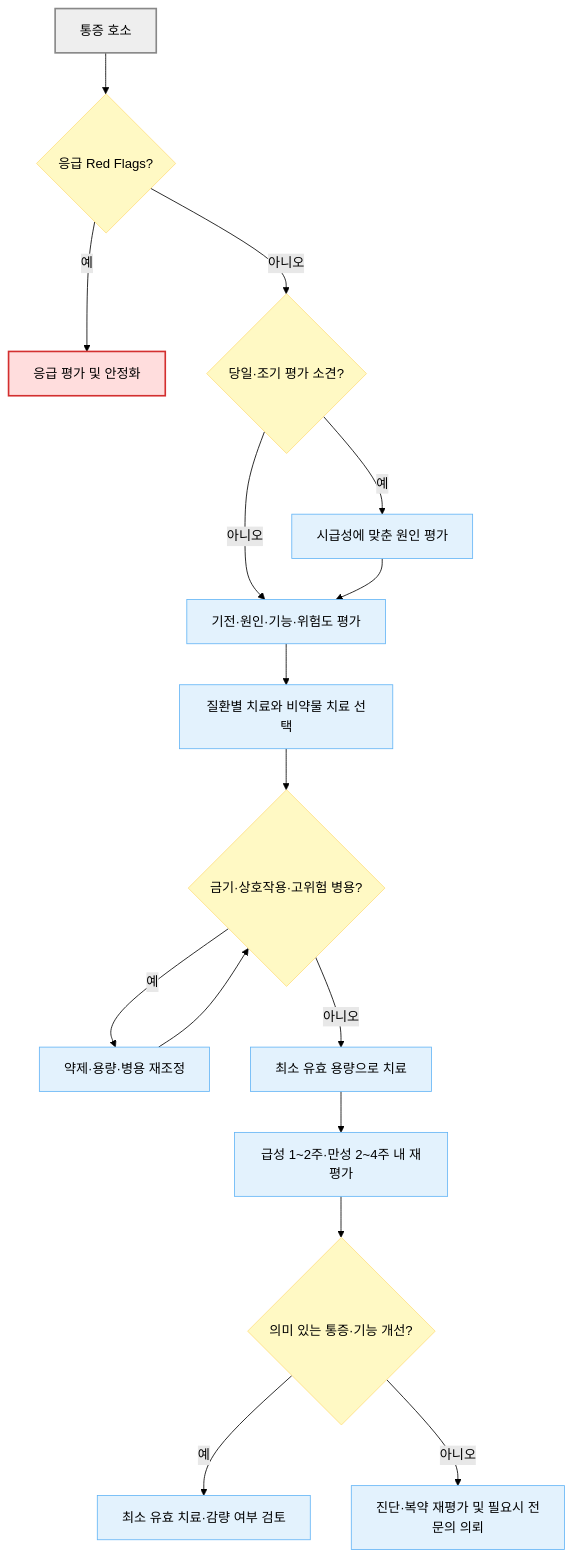
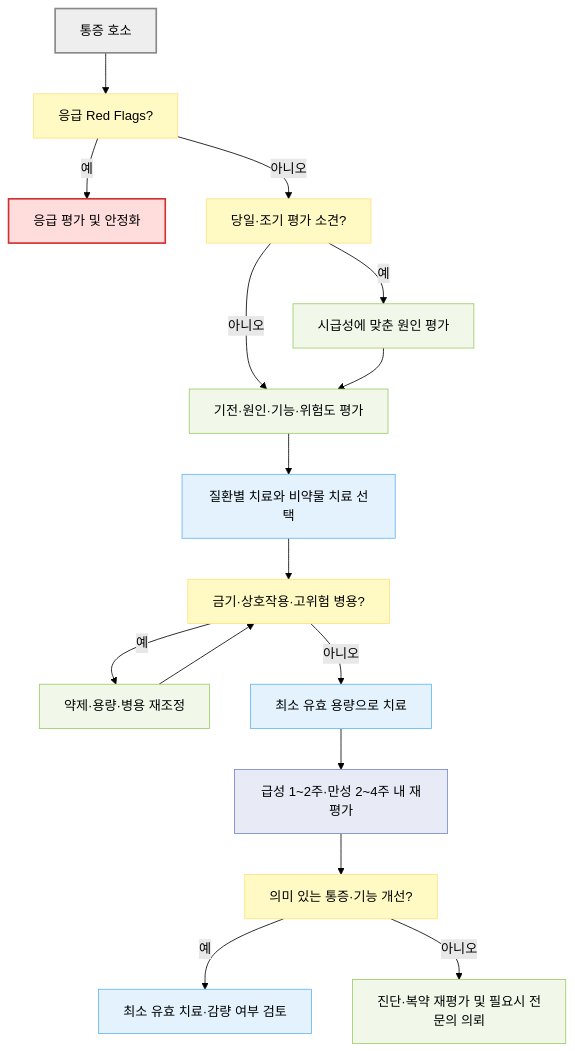
One commit to familyoh77/familyoh77 changed the first of 2 diagrams in 220_/001_-pain.md. Above: the diagram before and after it, drawn with Mermaid (forest theme). The commit also changed other lines of this file and 13 other files, not shown here.

````diff
--- a/220_/001_-pain.md
+++ b/220_/001_-pain.md
@@ -142,24 +142,31 @@
 ```mermaid
 flowchart TD
-    A["통증 호소"] --> B{"응급 Red Flags?"}
+    A["통증 호소"] --> B["응급 Red Flags?"]
     B -- "예" --> C["응급 평가 및 안정화"]
-    B -- "아니오" --> D{"당일·조기 평가 소견?"}
+    B -- "아니오" --> D["당일·조기 평가 소견?"]
     D -- "예" --> E["시급성에 맞춘 원인 평가"]
     D -- "아니오" --> F["기전·원인·기능·위험도 평가"]
     E --> F
     F --> G["질환별 치료와 비약물 치료 선택"]
-    G --> H{"금기·상호작용·고위험 병용?"}
+    G --> H["금기·상호작용·고위험 병용?"]
     H -- "예" --> I["약제·용량·병용 재조정"]
     I --> H
     H -- "아니오" --> J["최소 유효 용량으로 치료"]
     J --> K["급성 1~2주·만성 2~4주 내 재평가"]
-    K --> L{"의미 있는 통증·기능 개선?"}
+    K --> L["의미 있는 통증·기능 개선?"]
     L -- "예" --> M["최소 유효 치료·감량 여부 검토"]
     L -- "아니오" --> N["진단·복약 재평가 및 필요시 전문의 의뢰"]
+
+    classDef start fill:#eeeeee,stroke:#888888,stroke-width:2px
     classDef question fill:#fff9c4,stroke:#ffe082
+    classDef emergency fill:#ffdddd,stroke:#d32f2f,stroke-width:2px
+    classDef evaluation fill:#f1f8e9,stroke:#9ccc65
     classDef treatment fill:#e3f2fd,stroke:#64b5f6
+    classDef followup fill:#e8eaf6,stroke:#7986cb
+    class A start
     class B,D,H,L question
-    class E,F,G,I,J,K,M,N treatment
-    style A fill:#eeeeee,stroke:#888888,stroke-width:2px
-    style C fill:#ffdddd,stroke:#d32f2f,stroke-width:2px
+    class C emergency
+    class E,F,I,N evaluation
+    class G,J,M treatment
+    class K followup
 ```
````
